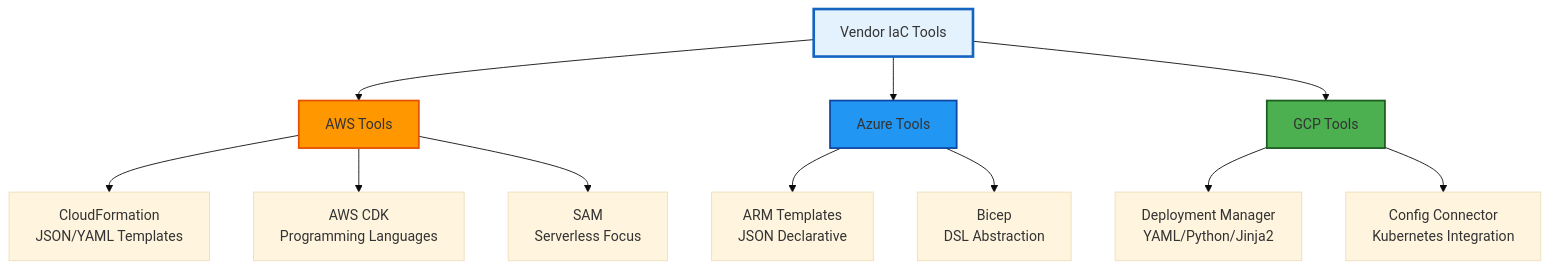
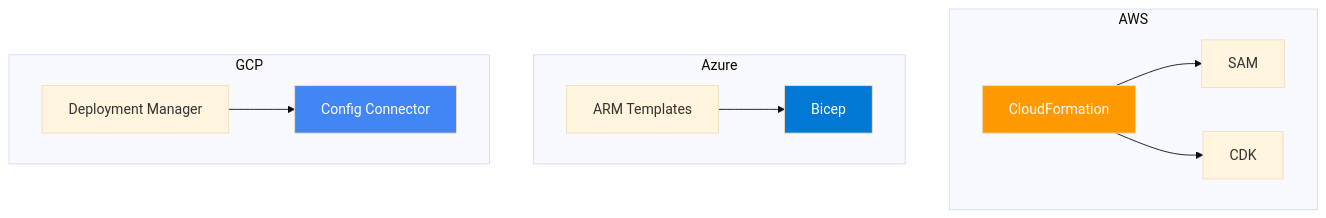
One commit to Ganil151/Devops changed the diagram in 2-Intermediate/02-Phase-2/01-Infrastructure-Automation/02-Config-Management/03-Cloud-Native-Provisioning-and-Vendors/README.md. Above: the diagram before and after it, drawn with Mermaid (base theme). The commit also changed other lines of this file and 230 other files, not shown here.

````diff
--- a/2-Intermediate/02-Phase-2/01-Infrastructure-Automation/02-Config-Management/03-Cloud-Native-Provisioning-and-Vendors/README.md
+++ b/2-Intermediate/02-Phase-2/01-Infrastructure-Automation/02-Config-Management/03-Cloud-Native-Provisioning-and-Vendors/README.md
@@ -38,21 +60,19 @@
 ```mermaid
 graph TB
-    A[Vendor IaC Tools] --> B[AWS Tools]
-    A --> C[Azure Tools]
-    A --> D[GCP Tools]
+    subgraph AWS
+        A[CloudFormation] --> B[SAM]
+        A --> C[CDK]
+    end
     
-    B --> B1[CloudFormation<br/>JSON/YAML Templates]
-    B --> B2[AWS CDK<br/>Programming Languages]
-    B --> B3[SAM<br/>Serverless Focus]
+    subgraph Azure
+        D[ARM Templates] --> E[Bicep]
+    end
     
-    C --> C1[ARM Templates<br/>JSON Declarative]
-    C --> C2[Bicep<br/>DSL Abstraction]
+    subgraph GCP
+        F[Deployment Manager] --> G[Config Connector]
+    end
     
-    D --> D1[Deployment Manager<br/>YAML/Python/Jinja2]
-    D --> D2[Config Connector<br/>Kubernetes Integration]
-    
-    style A fill:#e3f2fd,stroke:#1565c0,stroke-width:3px
-    style B fill:#ff9800,stroke:#e65100,stroke-width:2px
-    style C fill:#2196f3,stroke:#0d47a1,stroke-width:2px
-    style D fill:#4caf50,stroke:#1b5e20,stroke-width:2px
+    style A fill:#ff9900,color:#fff
+    style E fill:#0078d4,color:#fff
+    style G fill:#4285f4,color:#fff
 ```
````
